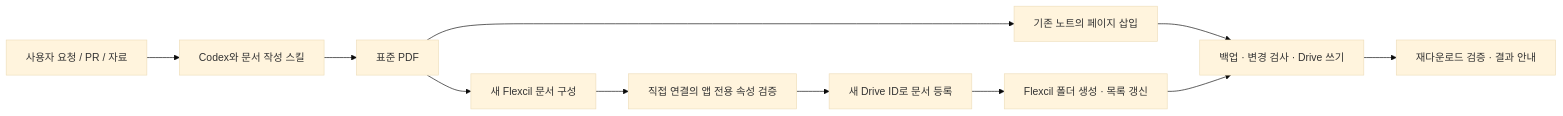
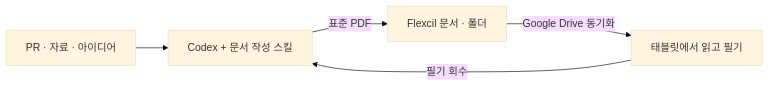
Before and after one commit to jeonghyeon-net/flexcil-codex-plugin: the diagram in README.md, drawn with Mermaid (base theme). The commit also changed other lines of this file and 21 other files, not shown here.

````diff
--- a/README.md
+++ b/README.md
@@ -61,13 +9,7 @@
 ```mermaid
 flowchart LR
-  A[사용자 요청 / PR / 자료] --> B[Codex와 문서 작성 스킬]
-  B --> C[표준 PDF]
-  C --> D[기존 노트의 페이지 삽입]
-  C --> E[새 Flexcil 문서 구성]
-  E --> F[직접 연결의 앱 전용 속성 검증]
-  F --> G[새 Drive ID로 문서 등록]
-  G --> H[Flexcil 폴더 생성 · 목록 갱신]
-  D --> I[백업 · 변경 검사 · Drive 쓰기]
-  H --> I
-  I --> J[재다운로드 검증 · 결과 안내]
+    A[PR · 자료 · 아이디어] --> B[Codex + 문서 작성 스킬]
+    B -->|표준 PDF| C[Flexcil 문서 · 폴더]
+    C -->|Google Drive 동기화| D[태블릿에서 읽고 필기]
+    D -->|필기 회수| B
 ```
````
